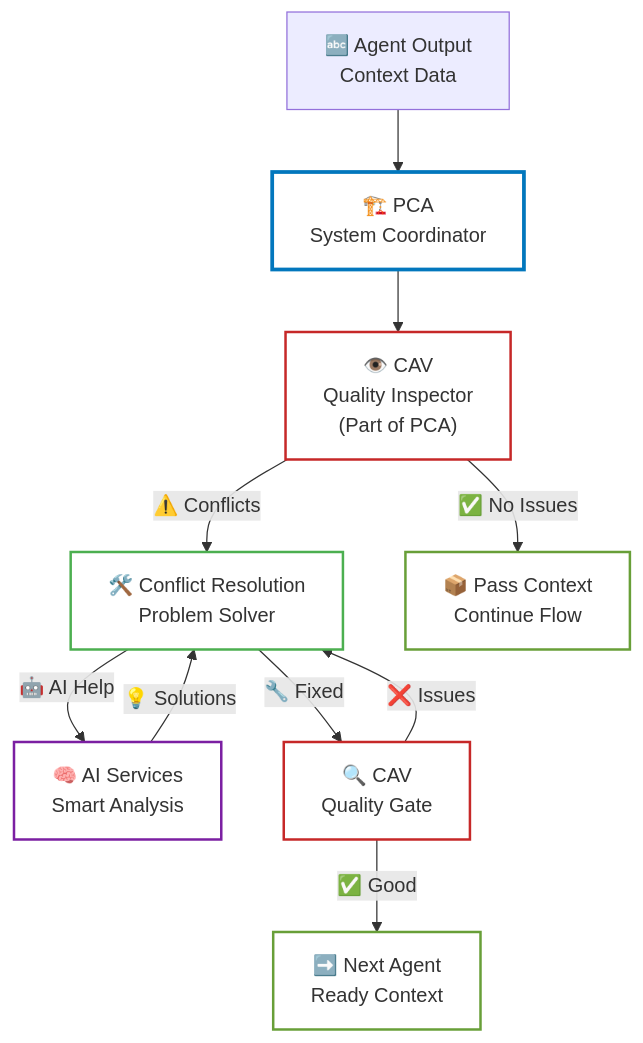
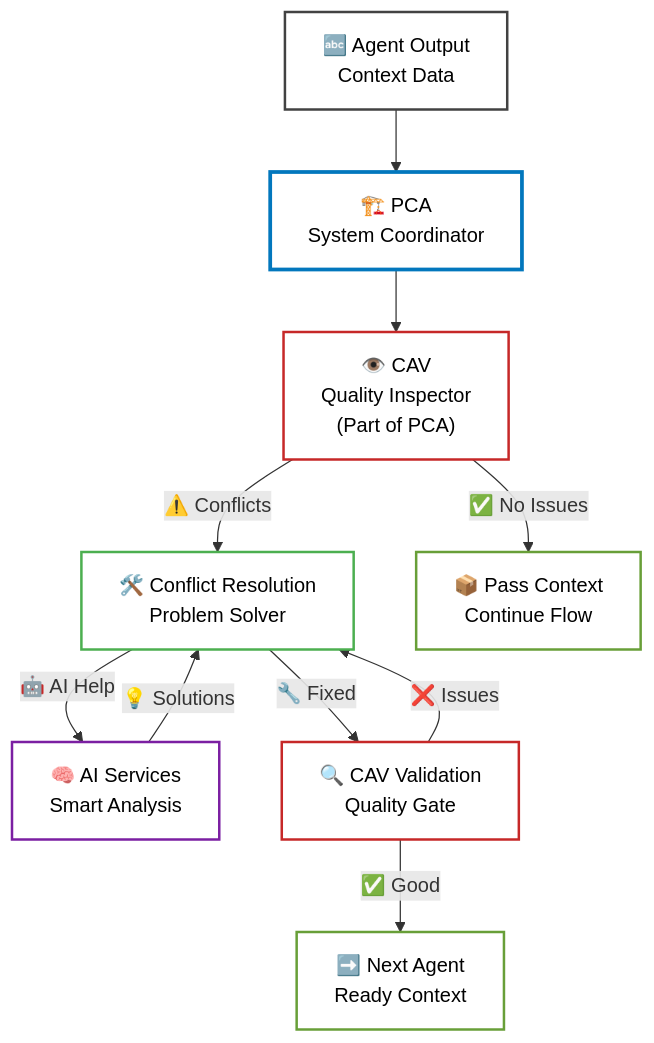
Before and after one commit to stolostron/ai-test-gen: the tenth of 11 diagrams in apps/claude-test-generator/docs/agents_concepts_workflow.md, drawn with Mermaid. The commit also changed other lines of this file and 204 other files, not shown here.

````diff
--- a/apps/claude-test-generator/docs/agents_concepts_workflow.md
+++ b/apps/claude-test-generator/docs/agents_concepts_workflow.md
@@ -546,20 +984,21 @@
 ```mermaid
 graph TD
     A["🔤 Agent Output<br/>Context Data"] --> PCA["🏗️ PCA<br/>System Coordinator"]
     PCA --> CAV["👁️ CAV<br/>Quality Inspector<br/>(Part of PCA)"]
     CAV --> |"⚠️ Conflicts"| CRS["🛠️ Conflict Resolution<br/>Problem Solver"]
     CAV --> |"✅ No Issues"| PASS["📦 Pass Context<br/>Continue Flow"]
     CRS --> |"🤖 AI Help"| AI["🧠 AI Services<br/>Smart Analysis"]
     AI --> |"💡 Solutions"| CRS
-    CRS --> |"🔧 Fixed"| CAV2["🔍 CAV<br/>Quality Gate"]
+    CRS --> |"🔧 Fixed"| CAV2["🔍 CAV Validation<br/>Quality Gate"]
     CAV2 --> |"✅ Good"| NEXT["➡️ Next Agent<br/>Ready Context"]
     CAV2 --> |"❌ Issues"| CRS
     
-    style PCA fill:#ffffff,stroke:#0277bd,stroke-width:3px
-    style CAV fill:#ffffff,stroke:#c62828,stroke-width:2px
-    style CAV2 fill:#ffffff,stroke:#c62828,stroke-width:2px
-    style AI fill:#ffffff,stroke:#7b1fa2,stroke-width:2px
-    style CRS fill:#ffffff,stroke:#4caf50,stroke-width:2px
-    style PASS fill:#ffffff,stroke:#689f38,stroke-width:2px
-    style NEXT fill:#ffffff,stroke:#689f38,stroke-width:2px
+    style A fill:#ffffff,stroke:#424242,stroke-width:2px,color:#000
+    style PCA fill:#ffffff,stroke:#0277bd,stroke-width:3px,color:#000
+    style CAV fill:#ffffff,stroke:#c62828,stroke-width:2px,color:#000
+    style CAV2 fill:#ffffff,stroke:#c62828,stroke-width:2px,color:#000
+    style AI fill:#ffffff,stroke:#7b1fa2,stroke-width:2px,color:#000
+    style CRS fill:#ffffff,stroke:#4caf50,stroke-width:2px,color:#000
+    style PASS fill:#ffffff,stroke:#689f38,stroke-width:2px,color:#000
+    style NEXT fill:#ffffff,stroke:#689f38,stroke-width:2px,color:#000
 ```
````
